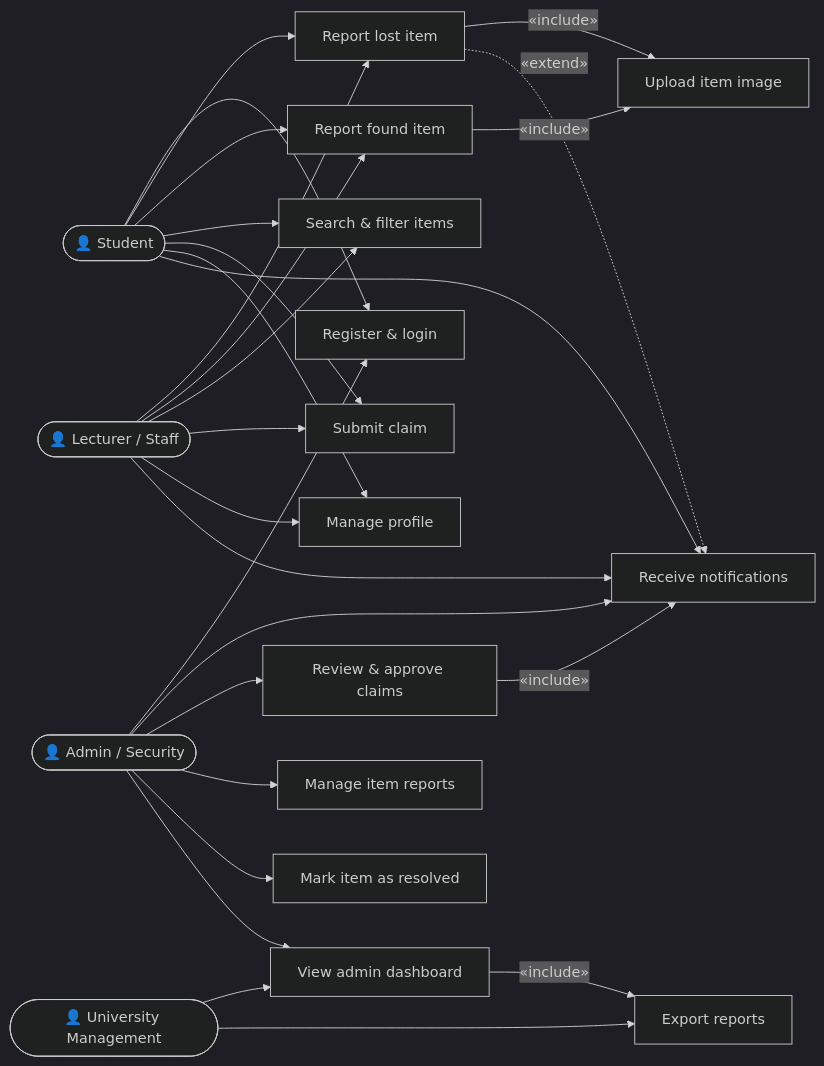
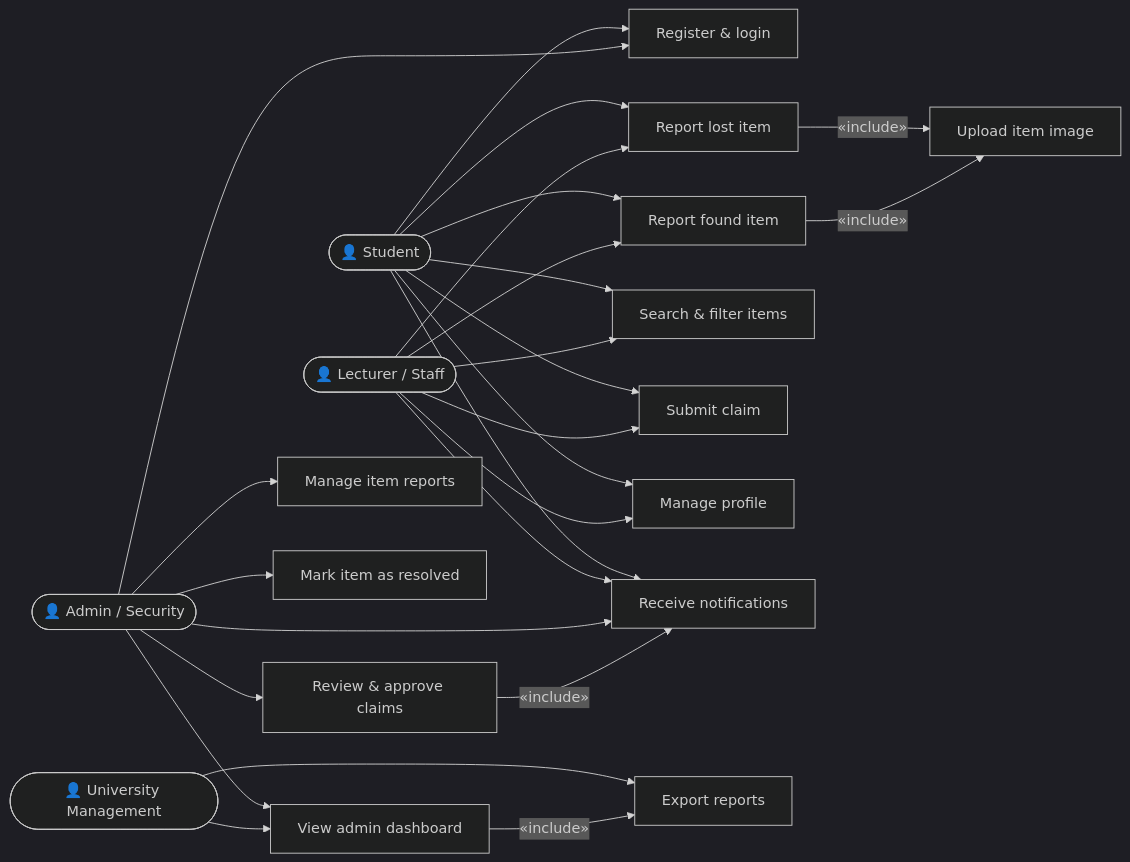
The diagram in USECASES.md (Skiet88/campus-lost-and-found), drawn with Mermaid (dark theme) before and after one commit.

````diff
--- a/USECASES.md
+++ b/USECASES.md
@@ -10,67 +10,66 @@
 ```mermaid
 graph LR
     %% ── LEFT ACTORS ──
     Student(["👤 Student"])
     Lecturer(["👤 Lecturer / Staff"])
     Admin(["👤 Admin / Security"])
 
     %% ── RIGHT ACTOR ──
     Management(["👤 University Management"])
 
     %% ── STUDENT & LECTURER USE CASES ──
     UC1["Register & login"]
     UC2["Report lost item"]
     UC3["Report found item"]
     UC4["Search & filter items"]
     UC5["Submit claim"]
     UC6["Manage profile"]
     UC7["Receive notifications"]
 
     %% ── SHARED USE CASE ──
     UC8["Upload item image"]
 
     %% ── ADMIN USE CASES ──
     UC9["Review & approve claims"]
     UC10["Manage item reports"]
     UC11["Mark item as resolved"]
     UC12["View admin dashboard"]
     UC13["Export reports"]
 
     %% ── STUDENT CONNECTIONS ──
     Student --> UC1
     Student --> UC2
     Student --> UC3
     Student --> UC4
     Student --> UC5
     Student --> UC6
     Student --> UC7
 
     %% ── LECTURER CONNECTIONS (independent) ──
     Lecturer --> UC2
     Lecturer --> UC3
     Lecturer --> UC4
     Lecturer --> UC5
     Lecturer --> UC6
     Lecturer --> UC7
 
     %% ── ADMIN CONNECTIONS ──
     Admin --> UC1
     Admin --> UC7
     Admin --> UC9
     Admin --> UC10
     Admin --> UC11
     Admin --> UC12
 
     %% ── MANAGEMENT CONNECTIONS ──
     Management --> UC12
     Management --> UC13
 
     %% ── INCLUDE RELATIONSHIPS ──
     UC2 -->|"«include»"| UC8
     UC3 -->|"«include»"| UC8
     UC9 -->|"«include»"| UC7
     UC12 -->|"«include»"| UC13
 
-    %% ── EXTEND RELATIONSHIPS ──
-    UC2 -.->|"«extend»"| UC7
+
 ```
````
